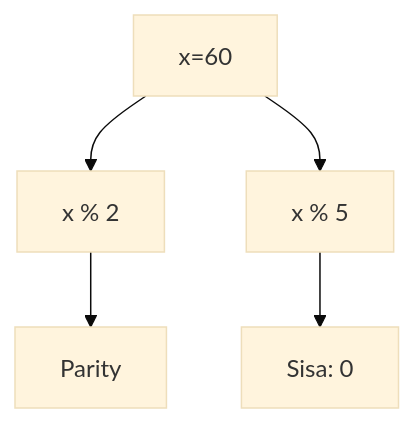
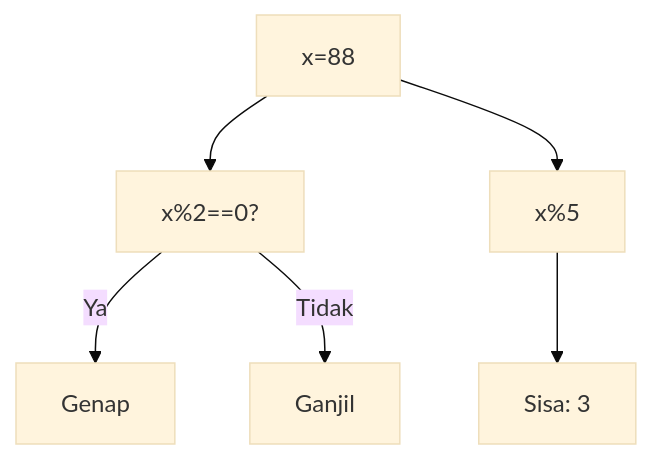
The fifth of 25 diagrams in part-c-pemahaman-cpp/01-tipe-data/latihan/set-04.md (amnahwaida/OSNK_INF_PREP), drawn with Mermaid (base theme) before and after one commit. The commit also changed other lines of this file and 71 other files, not shown here.

Commit message:
Fixed Mermaid syntax lexical errors with quoted labels in 1,800 questions

````diff
--- a/part-c-pemahaman-cpp/01-tipe-data/latihan/set-04.md
+++ b/part-c-pemahaman-cpp/01-tipe-data/latihan/set-04.md
@@ -201,7 +141,8 @@
 ```mermaid
 graph TD
-A[x=60] --> B[x % 2]
-B --> C[Parity]
-A --> D[x % 5]
-D --> E[Sisa: 0]
+A["x=88"] --> B["x%2==0?"]
+B -- Ya --> C["Genap"]
+B -- Tidak --> D["Ganjil"]
+A --> E["x%5"]
+E --> F["Sisa: 3"]
 ```
````
